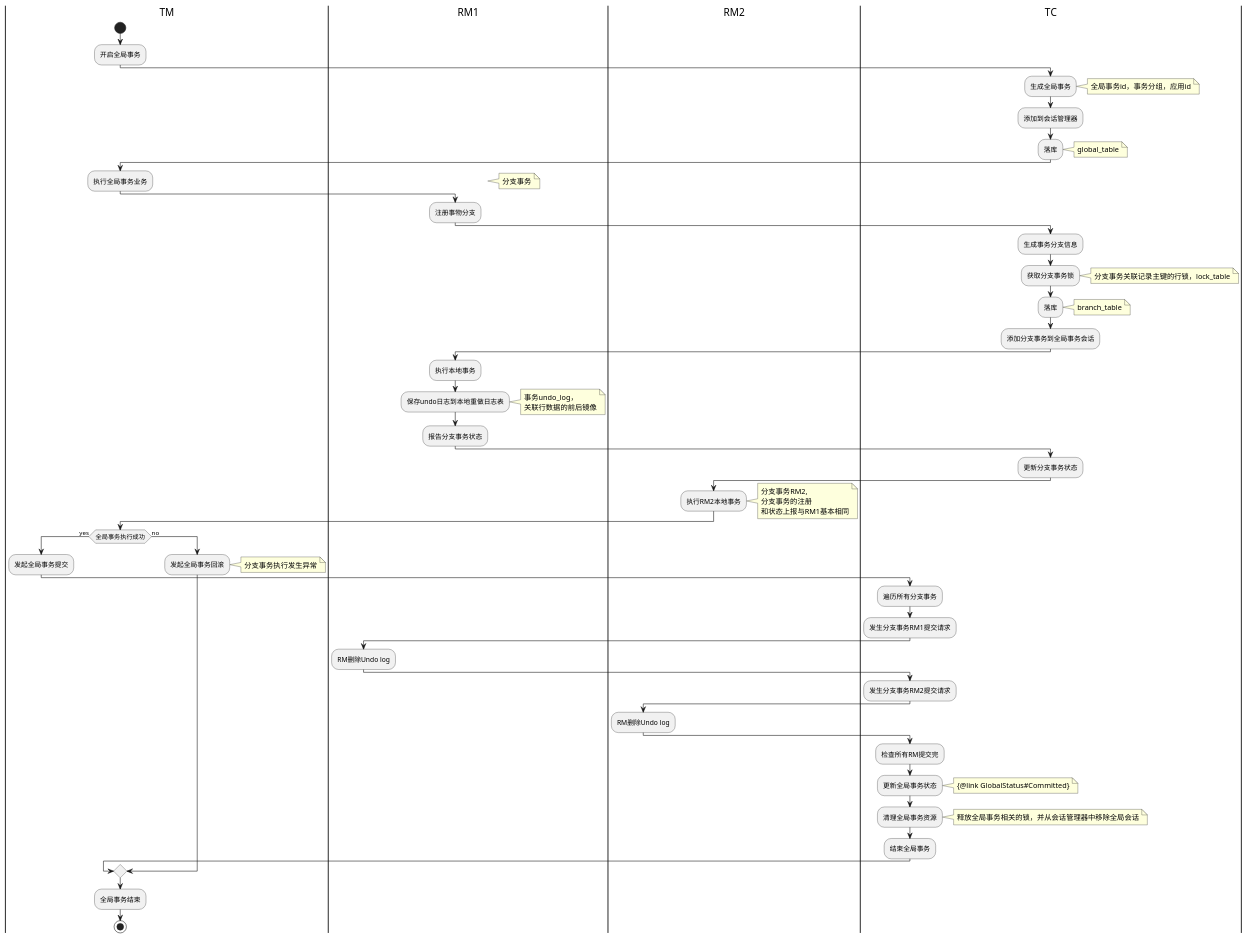
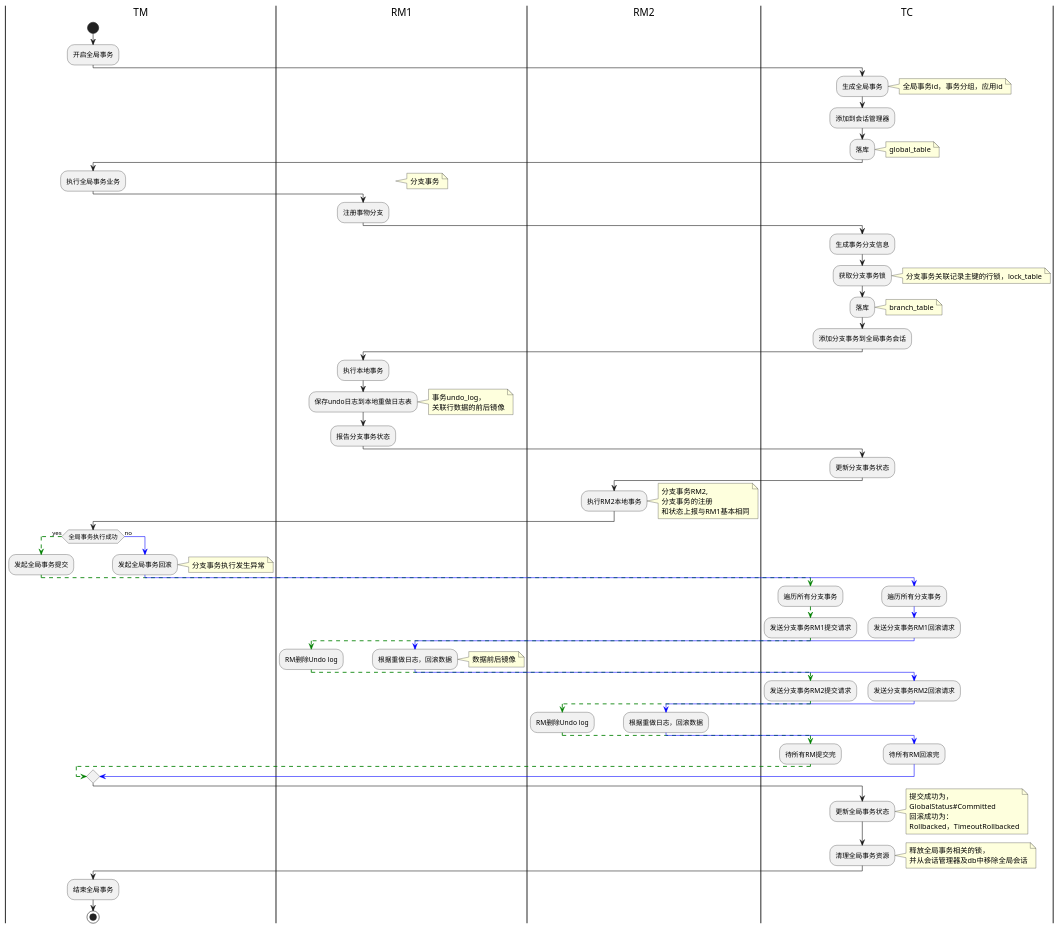
One commit to Donaldhan/seata changed the diagram in framwork-design/uml/seata-at-commit.puml. Above: the diagram before and after it, drawn with PlantUML. The commit also changed 1 other file, not shown here.

Commit message:
add uml done

```diff
--- a/framwork-design/uml/seata-at-commit.puml
+++ b/framwork-design/uml/seata-at-commit.puml
@@ -1,87 +1,125 @@
 @startuml
 |TM|
 start
 :开启全局事务;
 |RM1|
 |RM2|
 |TC|
 :生成全局事务;
 note right
 全局事务id，事务分组，应用id
 end note
 :添加到会话管理器;
 :落库;
 note right
 global_table
 end note
 |TM|
 :执行全局事务业务;
 |RM1|
 note right
 分支事务
 end note
 :注册事物分支;
 |TC|
 :生成事务分支信息;
 :获取分支事务锁;
 note right
 分支事务关联记录主键的行锁，lock_table
 end note
 :落库;
 note right
 branch_table
 end note
 :添加分支事务到全局事务会话;
 |RM1|
 :执行本地事务;
 :保存undo日志到本地重做日志表;
 note right
 事务undo_log，
 关联行数据的前后镜像
 end note
 :报告分支事务状态;
 |TC|
 :更新分支事务状态;
 |RM2|
 :执行RM2本地事务;
 note right
 分支事务RM2,
 分支事务的注册
 和状态上报与RM1基本相同
 end note
 
 |TM|
 if (全局事务执行成功) then (yes)
+-[#green,dashed]->
 :发起全局事务提交;
 |TC|
+-[#green,dashed]->
 :遍历所有分支事务;
-:发生分支事务RM1提交请求;
+-[#green,dashed]->
+:发送分支事务RM1提交请求;
+-[#green,dashed]->
 |RM1|
+-[#green,dashed]->
 :RM删除Undo log;
 |TC|
-:发生分支事务RM2提交请求;
+-[#green,dashed]->
+:发送分支事务RM2提交请求;
 |RM2|
+-[#green,dashed]->
 :RM删除Undo log;
 |TC|
-:检查所有RM提交完;
-:更新全局事务状态;
-note right
-{@link GlobalStatus#Committed}
-end note
-:清理全局事务资源;
-note right
-释放全局事务相关的锁，并从会话管理器中移除全局会话
-end note
-:结束全局事务;
+-[#green,dashed]->
+:待所有RM提交完;
+-[#green,dashed]->
 else (no)
+-[#blue]->
 |TM|
+-[#blue]->
 :发起全局事务回滚;
 note right
 分支事务执行发生异常
 end note
 |TC|
+-[#blue]->
+:遍历所有分支事务;
+-[#blue]->
+:发送分支事务RM1回滚请求;
+-[#blue]->
+|RM1|
+-[#blue]->
+:根据重做日志，回滚数据;
+note right
+数据前后镜像
+end note
+-[#blue]->
+|TC|
+-[#blue]->
+:发送分支事务RM2回滚请求;
+-[#blue]->
+|RM2|
+-[#blue]->
+:根据重做日志，回滚数据;
+-[#blue]->
+|TC|
+-[#blue]->
+:待所有RM回滚完;
+-[#blue]->
 endif
+:更新全局事务状态;
+note right
+提交成功为，
+GlobalStatus#Committed
+回滚成功为：
+Rollbacked，TimeoutRollbacked
+end note
+:清理全局事务资源;
+note right
+释放全局事务相关的锁，
+并从会话管理器及db中移除全局会话
+end note
 |TM|
-:全局事务结束;
+:结束全局事务;
 stop
 @enduml
```
